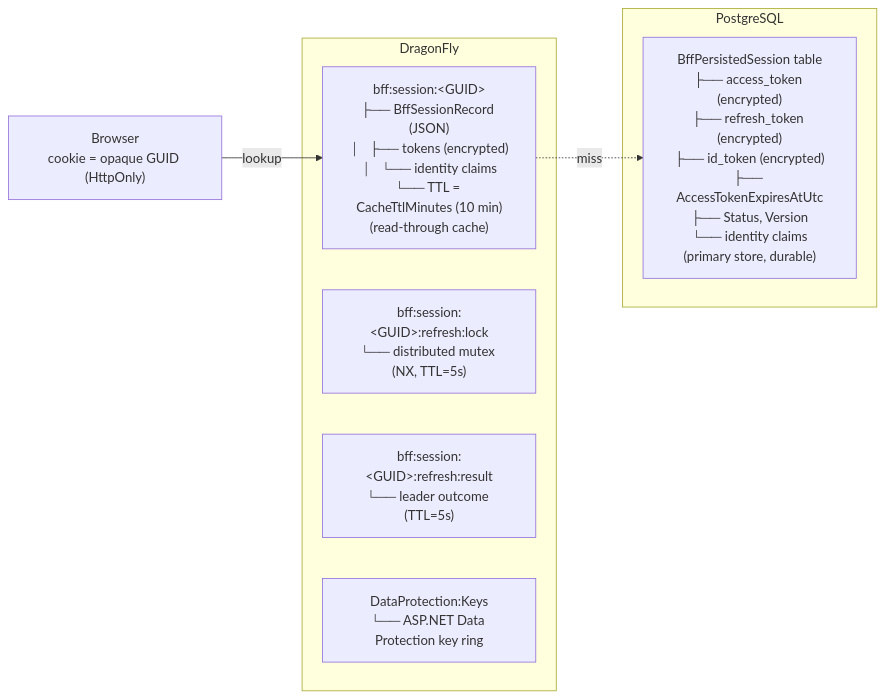
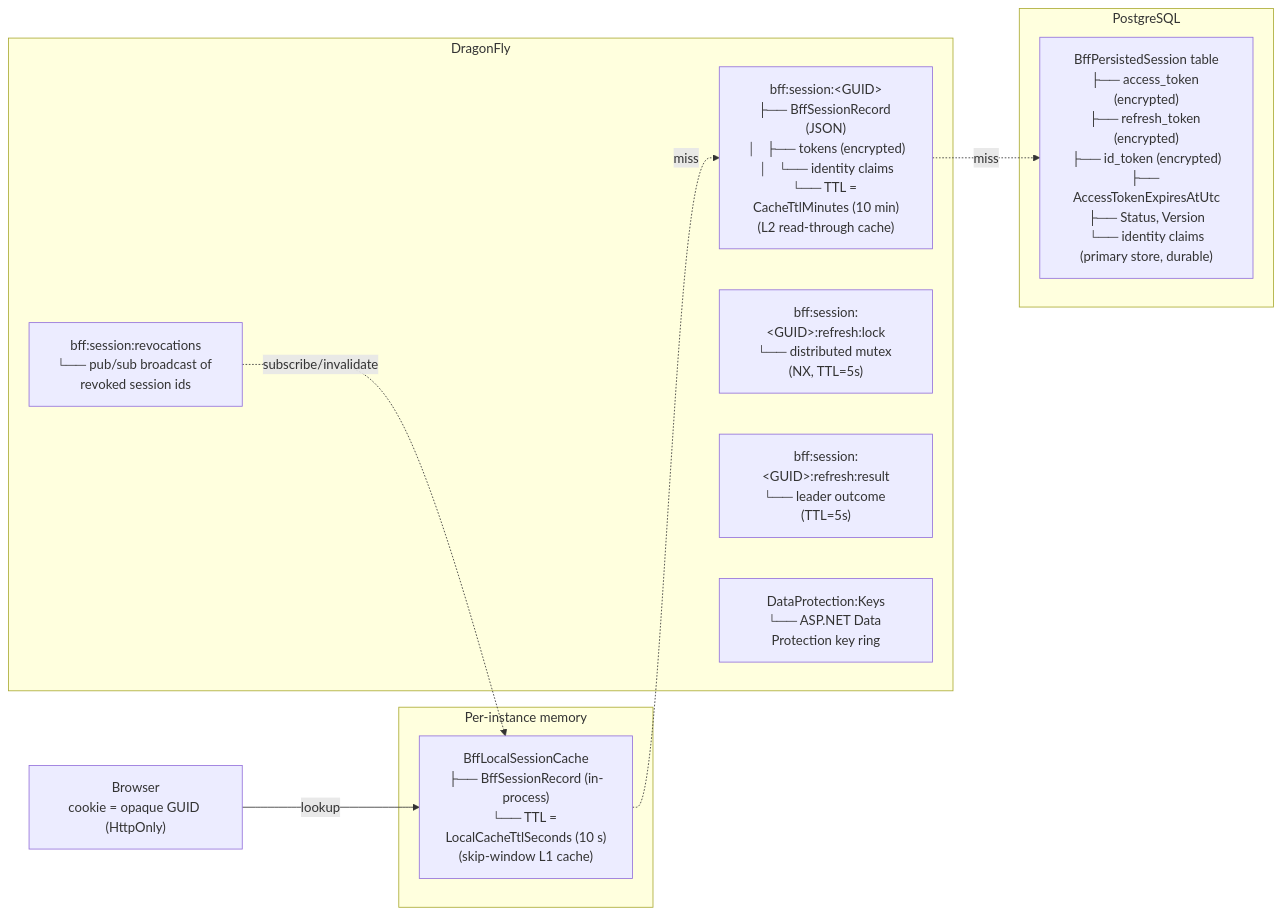
Before and after one commit to zribktad/API-Template-Modules: the ninth of 9 diagrams in docs/AUTHENTICATION.md, drawn with Mermaid. The commit also changed other lines of this file and 15 other files, not shown here.

First line of the commit message:
feat: Implement BFF session caching with local in-process cache and Redis pub/sub invalidation

````diff
--- a/docs/AUTHENTICATION.md
+++ b/docs/AUTHENTICATION.md
@@ -631,17 +675,24 @@
 ```mermaid
 graph LR
-    Browser["Browser<br/>cookie = opaque GUID (HttpOnly)"] -->|lookup| Cache
+    Browser["Browser<br/>cookie = opaque GUID (HttpOnly)"] -->|lookup| L1
+
+    subgraph Instance[Per-instance memory]
+        L1["BffLocalSessionCache<br/>├── BffSessionRecord (in-process)<br/>└── TTL = LocalCacheTtlSeconds (10 s)<br/>(skip-window L1 cache)"]
+    end
 
     subgraph PostgreSQL
         PGSession["BffPersistedSession table<br/>├── access_token (encrypted)<br/>├── refresh_token (encrypted)<br/>├── id_token (encrypted)<br/>├── AccessTokenExpiresAtUtc<br/>├── Status, Version<br/>└── identity claims<br/>(primary store, durable)"]
     end
 
     subgraph DragonFly
-        Cache["bff:session:&lt;GUID&gt;<br/>├── BffSessionRecord (JSON)<br/>│   ├── tokens (encrypted)<br/>│   └── identity claims<br/>└── TTL = CacheTtlMinutes (10 min)<br/>(read-through cache)"]
+        Cache["bff:session:&lt;GUID&gt;<br/>├── BffSessionRecord (JSON)<br/>│   ├── tokens (encrypted)<br/>│   └── identity claims<br/>└── TTL = CacheTtlMinutes (10 min)<br/>(L2 read-through cache)"]
         Lock["bff:session:&lt;GUID&gt;:refresh:lock<br/>└── distributed mutex (NX, TTL=5s)"]
         Result["bff:session:&lt;GUID&gt;:refresh:result<br/>└── leader outcome (TTL=5s)"]
+        Revoke["bff:session:revocations<br/>└── pub/sub broadcast of revoked session ids"]
         DP["DataProtection:Keys<br/>└── ASP.NET Data Protection key ring"]
     end
 
+    L1 -.->|miss| Cache
     Cache -.->|miss| PGSession
+    Revoke -. subscribe/invalidate .-> L1
 ```
````
